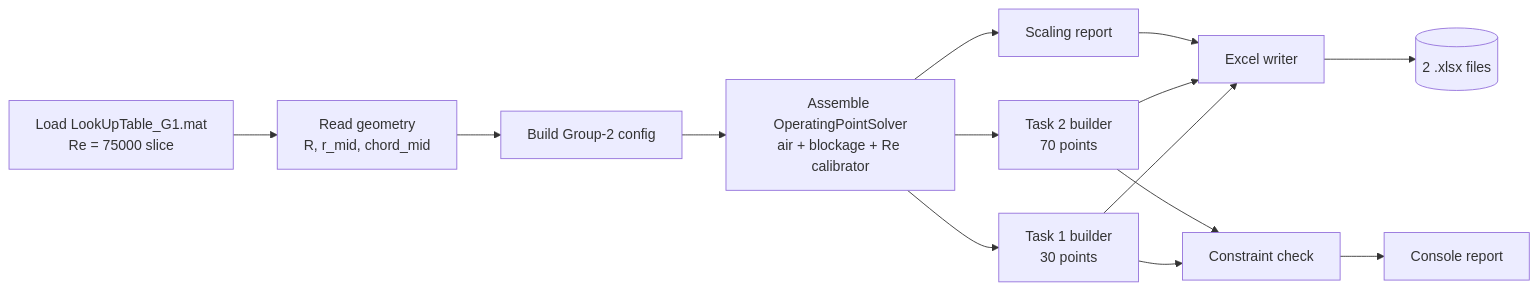
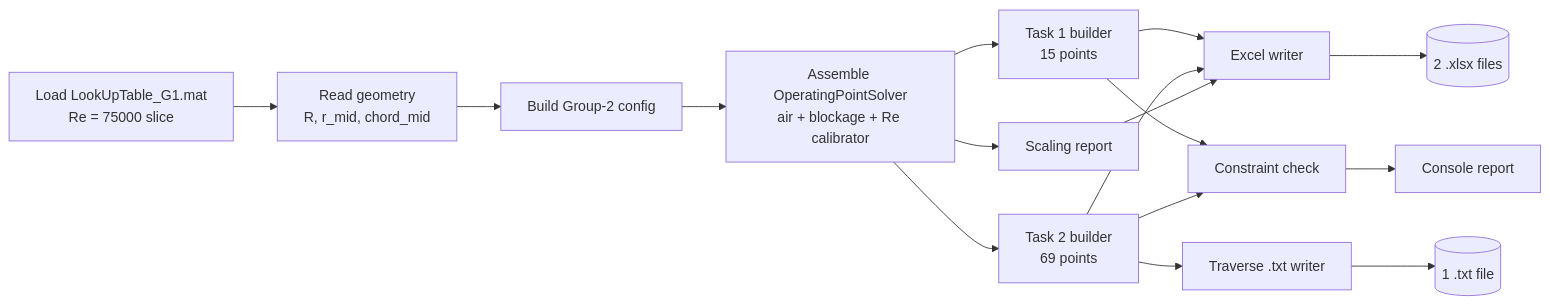
One commit to GeorgeLeatherby/wind-tunnel-testing changed the second of 2 diagrams in README.md. Above: the diagram before and after it, drawn with Mermaid. The commit also changed other lines of this file and 11 other files, not shown here.

````diff
--- a/README.md
+++ b/README.md
@@ -223,16 +237,18 @@
 ```mermaid
 flowchart LR
     A[Load LookUpTable_G1.mat<br/>Re = 75000 slice] --> B[Read geometry<br/>R, r_mid, chord_mid]
     B --> C[Build Group-2 config]
     C --> D[Assemble OperatingPointSolver<br/>air + blockage + Re calibrator]
-    D --> E1[Task 1 builder<br/>30 points]
-    D --> E2[Task 2 builder<br/>70 points]
+    D --> E1[Task 1 builder<br/>15 points]
+    D --> E2[Task 2 builder<br/>69 points]
     E1 --> F[Excel writer]
     E2 --> F
+    E2 --> TW[Traverse .txt writer]
     D --> G[Scaling report]
     G --> F
     E1 --> H[Constraint check]
     E2 --> H
     F --> I[(2 .xlsx files)]
+    TW --> K[(1 .txt file)]
     H --> J[Console report]
 ```
````
